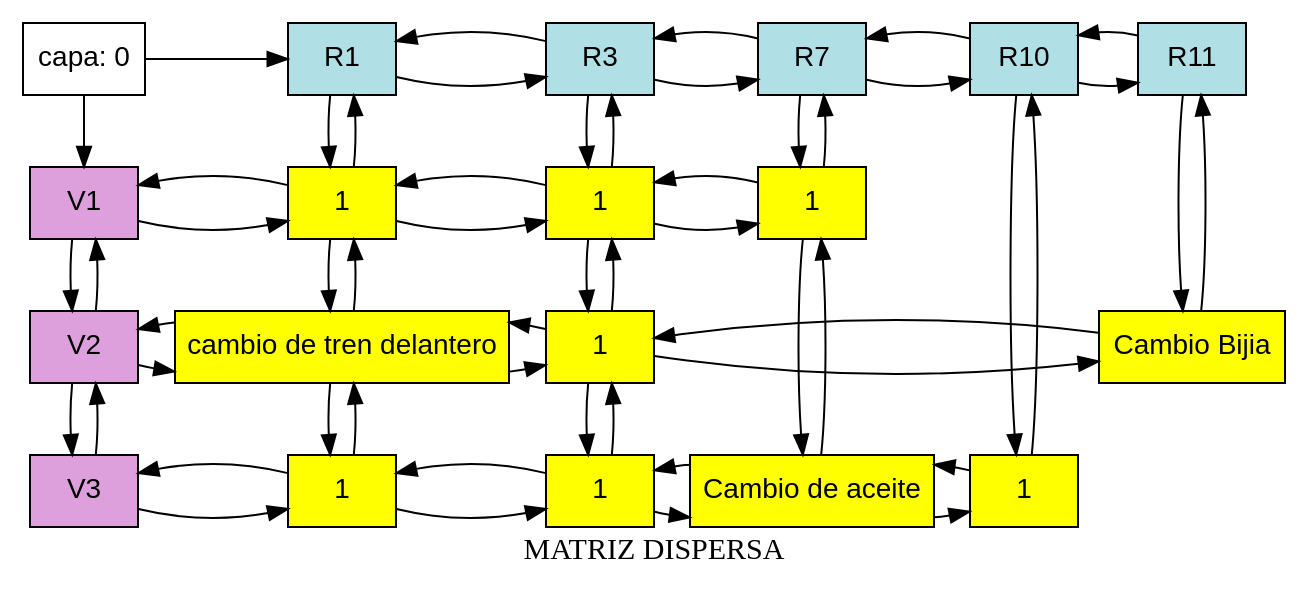
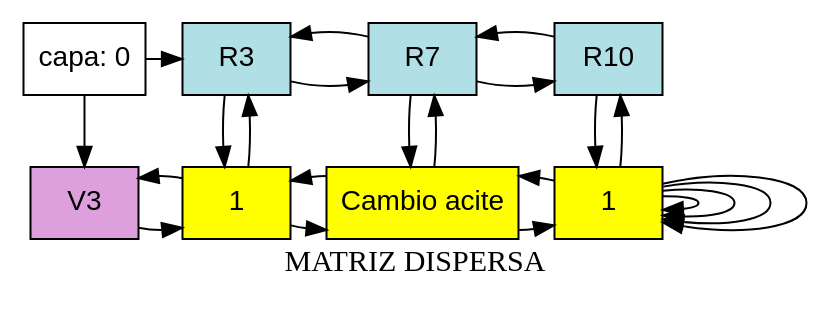
The diagram in Fase_1/AutoGestPro/AutoGestPro/bin/Debug/net9.0/reporte_Bitácora.dot (Santiago78op/EDD_1S2025_201905884), drawn with Graphviz before and after one commit. The commit also changed 26 other files, not shown here.

```diff
--- a/Fase_1/AutoGestPro/AutoGestPro/bin/Debug/net9.0/reporte_Bitácora.dot
+++ b/Fase_1/AutoGestPro/AutoGestPro/bin/Debug/net9.0/reporte_Bitácora.dot
@@ -1,84 +1,40 @@
 digraph T{ 
 node[shape=box fontname="Arial" fillcolor="white" style=filled ]
 root[label = "capa: 0", group=1]
 label = "MATRIZ DISPERSA" 
 fontname="Arial Black" 
 fontsize="15pt" 
 
-V1[label="V1",fillcolor="plum",group=1];
-V2[label="V2",fillcolor="plum",group=1];
 V3[label="V3",fillcolor="plum",group=1];
-V1->V2;
-V2->V1;
-V2->V3;
-V3->V2;
-R1[label="R1",fillcolor="powderblue",group=2];
 R3[label="R3",fillcolor="powderblue",group=4];
 R7[label="R7",fillcolor="powderblue",group=8];
 R10[label="R10",fillcolor="powderblue",group=11];
-R11[label="R11",fillcolor="powderblue",group=12];
-R1->R3;
-R3->R1;
 R3->R7;
 R7->R3;
 R7->R10;
 R10->R7;
-R10->R11;
-R11->R10;
-root->V1;
- root->R1;
-{rank=same;root;R1;R3;R7;R10;R11;}
-N1_1[label="1",group="2", fillcolor="yellow"];
-N1_3[label="1",group="4", fillcolor="yellow"];
-N1_7[label="1",group="8", fillcolor="yellow"];
-N2_1[label="cambio de tren delantero",group="2", fillcolor="yellow"];
-N2_3[label="1",group="4", fillcolor="yellow"];
-N2_11[label="Cambio Bijia",group="12", fillcolor="yellow"];
-N3_1[label="1",group="2", fillcolor="yellow"];
+root->V3;
+ root->R3;
+{rank=same;root;R3;R7;R10;}
 N3_3[label="1",group="4", fillcolor="yellow"];
-N3_7[label="Cambio de aceite",group="8", fillcolor="yellow"];
+N3_7[label="Cambio acite",group="8", fillcolor="yellow"];
 N3_10[label="1",group="11", fillcolor="yellow"];
-V1->N1_1;
-N1_1->V1;
-N1_1->N1_3;
-N1_3->N1_1;
-N1_3->N1_7;
-N1_7->N1_3;
-{rank = same;V1;N1_1;N1_3;N1_7;}
-V2->N2_1;
-N2_1->V2;
-N2_1->N2_3;
-N2_3->N2_1;
-N2_3->N2_11;
-N2_11->N2_3;
-{rank = same;V2;N2_1;N2_3;N2_11;}
-V3->N3_1;
-N3_1->V3;
-N3_1->N3_3;
-N3_3->N3_1;
+N3_10[label="1",group="11", fillcolor="yellow"];
+V3->N3_3;
+N3_3->V3;
 N3_3->N3_7;
 N3_7->N3_3;
 N3_7->N3_10;
 N3_10->N3_7;
-{rank = same;V3;N3_1;N3_3;N3_7;N3_10;}
-R1->N1_1;
-N1_1->R1;
-N1_1->N2_1;
-N2_1->N1_1;
-N2_1->N3_1;
-N3_1->N2_1;
-R3->N1_3;
-N1_3->R3;
-N1_3->N2_3;
-N2_3->N1_3;
-N2_3->N3_3;
-N3_3->N2_3;
-R7->N1_7;
-N1_7->R7;
-N1_7->N3_7;
-N3_7->N1_7;
+N3_10->N3_10;
+N3_10->N3_10;
+{rank = same;V3;N3_3;N3_7;N3_10;N3_10;}
+R3->N3_3;
+N3_3->R3;
+R7->N3_7;
+N3_7->R7;
 R10->N3_10;
 N3_10->R10;
-R11->N2_11;
-N2_11->R11;
+N3_10->N3_10;
+N3_10->N3_10;
 }
```
